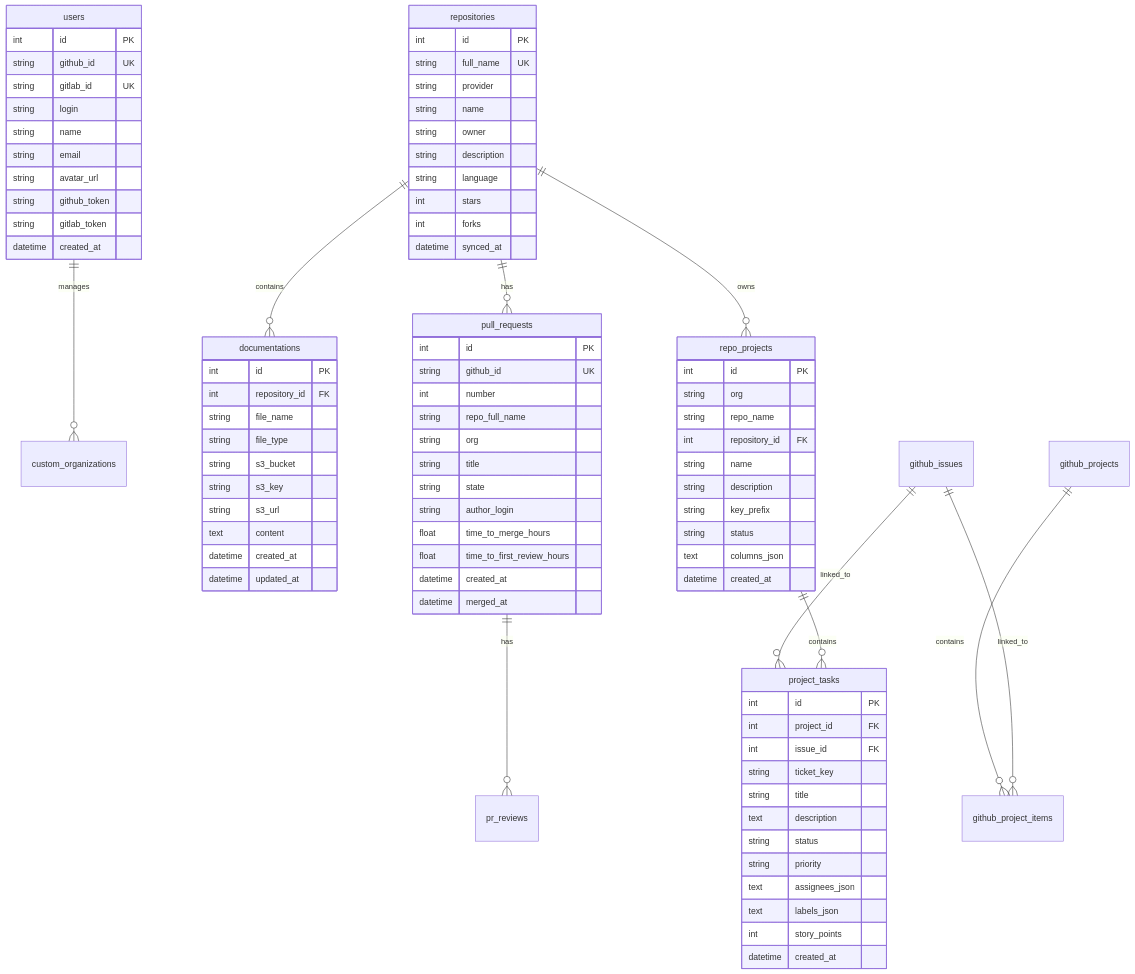
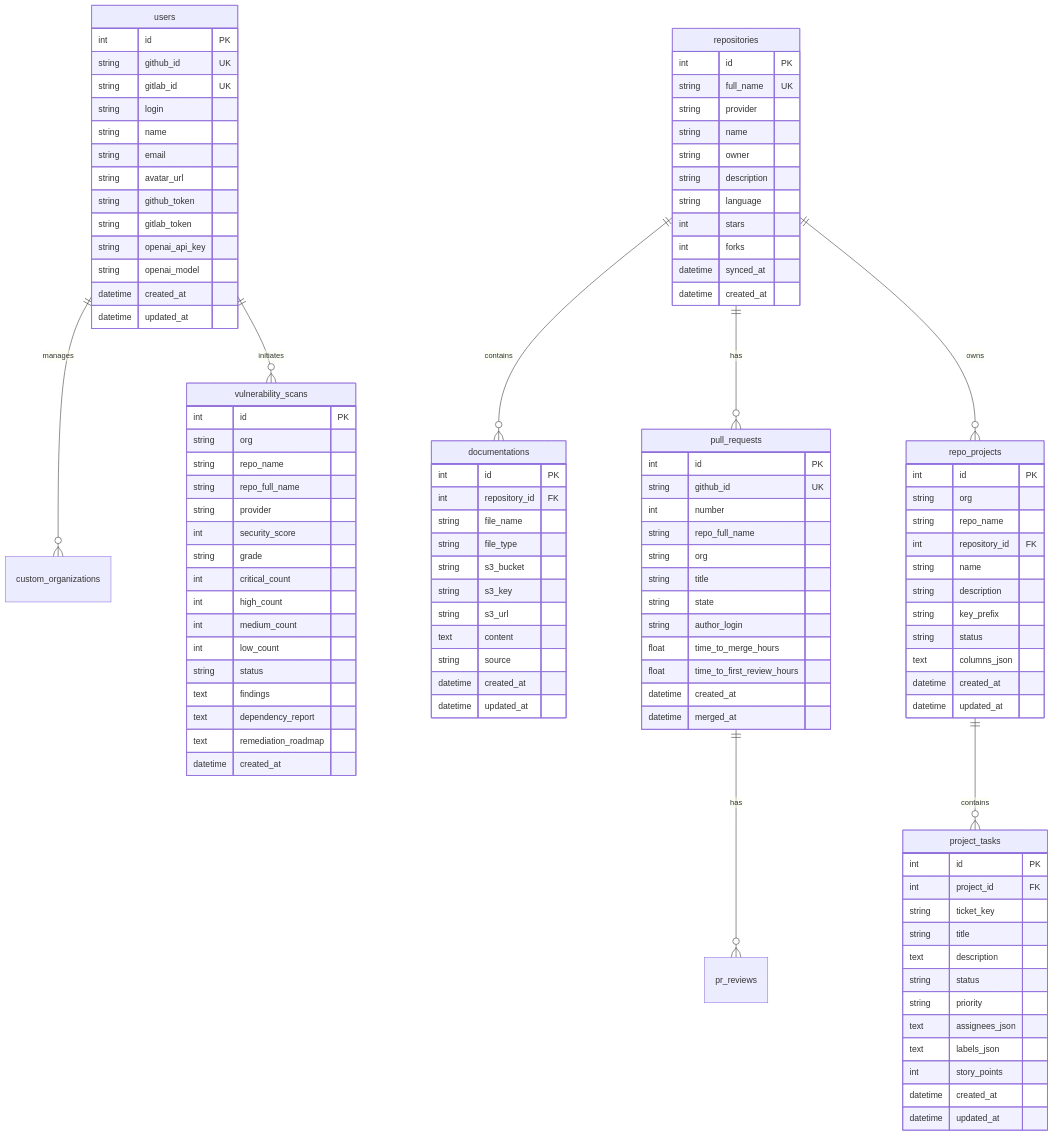
The second of 2 diagrams in Documentation.md (sherbinsr/CodePulse), drawn with Mermaid before and after one commit. The commit also changed other lines of this file and 28 other files, not shown here.

````diff
--- a/Documentation.md
+++ b/Documentation.md
@@ -81,13 +81,11 @@
 ```mermaid
 erDiagram
     users ||--o{ custom_organizations : "manages"
+    users ||--o{ vulnerability_scans : "initiates"
     repositories ||--o{ documentations : "contains"
     repositories ||--o{ pull_requests : "has"
     repositories ||--o{ repo_projects : "owns"
     pull_requests ||--o{ pr_reviews : "has"
-    github_projects ||--o{ github_project_items : "contains"
-    github_issues ||--o{ github_project_items : "linked_to"
-    github_issues ||--o{ project_tasks : "linked_to"
     repo_projects ||--o{ project_tasks : "contains"
 
     users {
@@ -100,7 +98,10 @@
         string avatar_url
         string github_token
         string gitlab_token
+        string openai_api_key
+        string openai_model
         datetime created_at
+        datetime updated_at
     }
 
     repositories {
@@ -114,6 +115,7 @@
         int stars
         int forks
         datetime synced_at
+        datetime created_at
     }
 
     documentations {
@@ -125,6 +127,7 @@
         string s3_key
         string s3_url
         text content
+        string source
         datetime created_at
         datetime updated_at
     }
@@ -155,12 +158,12 @@
         string status
         text columns_json
         datetime created_at
+        datetime updated_at
     }
 
     project_tasks {
         int id PK
         int project_id FK
-        int issue_id FK
         string ticket_key
         string title
         text description
@@ -170,5 +173,25 @@
         text labels_json
         int story_points
         datetime created_at
+        datetime updated_at
+    }
+
+    vulnerability_scans {
+        int id PK
+        string org
+        string repo_name
+        string repo_full_name
+        string provider
+        int security_score
+        string grade
+        int critical_count
+        int high_count
+        int medium_count
+        int low_count
+        string status
+        text findings
+        text dependency_report
+        text remediation_roadmap
+        datetime created_at
     }
 ```
````
